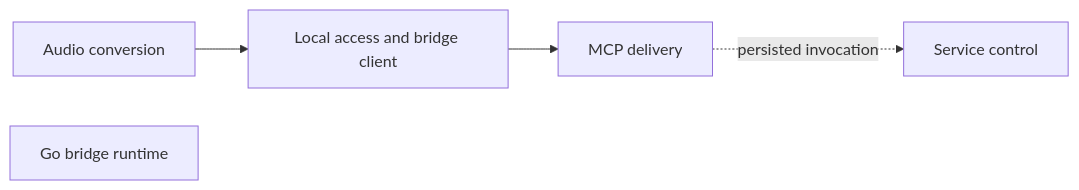
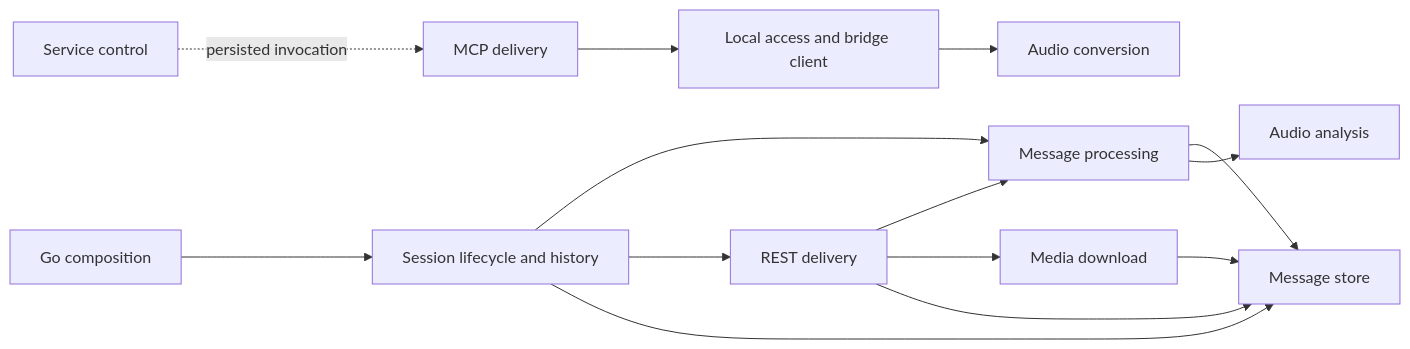
One commit to FlourishingHumanityCorporation/whatsapp-mcp changed the diagram in docs/architecture/ARCHITECTURE.md. Above: the diagram before and after it, drawn with Mermaid. The commit also changed other lines of this file and 9 other files, not shown here.

````diff
--- a/docs/architecture/ARCHITECTURE.md
+++ b/docs/architecture/ARCHITECTURE.md
@@ -19,7 +19,17 @@
 ```mermaid
 flowchart LR
-    audio["Audio conversion"] --> access["Local access and bridge client"]
-    access --> delivery["MCP delivery"]
-    delivery -. persisted invocation .-> service["Service control"]
-    bridge["Go bridge runtime"]
+    delivery["MCP delivery"] --> access["Local access and bridge client"]
+    access --> audio["Audio conversion"]
+    service["Service control"] -. persisted invocation .-> delivery
+
+    composition["Go composition"] --> session["Session lifecycle and history"]
+    session --> messaging["Message processing"]
+    session --> rest["REST delivery"]
+    session --> store["Message store"]
+    messaging --> store
+    messaging --> analysis["Audio analysis"]
+    rest --> messaging
+    rest --> media["Media download"]
+    rest --> store
+    media --> store
 ```
````
